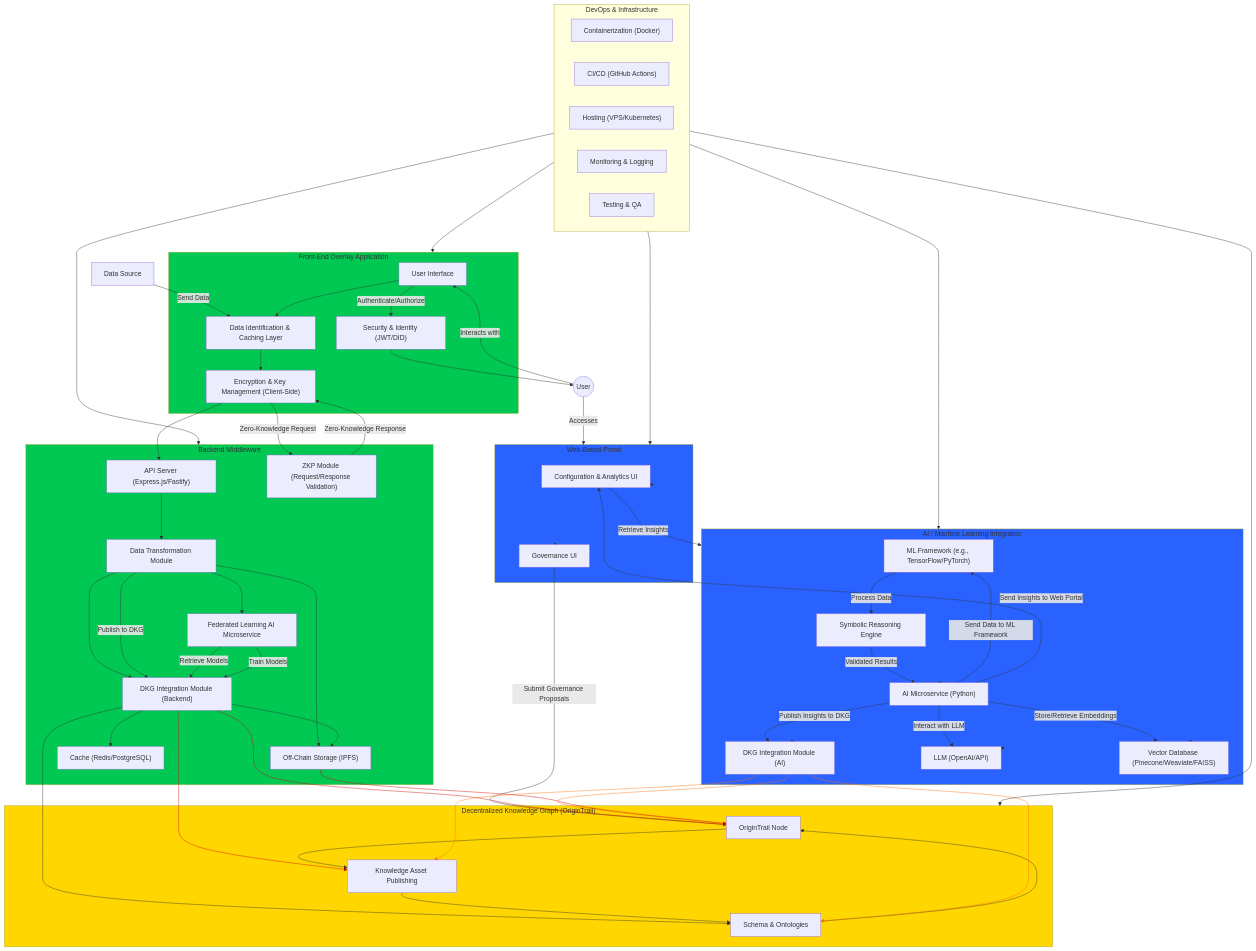
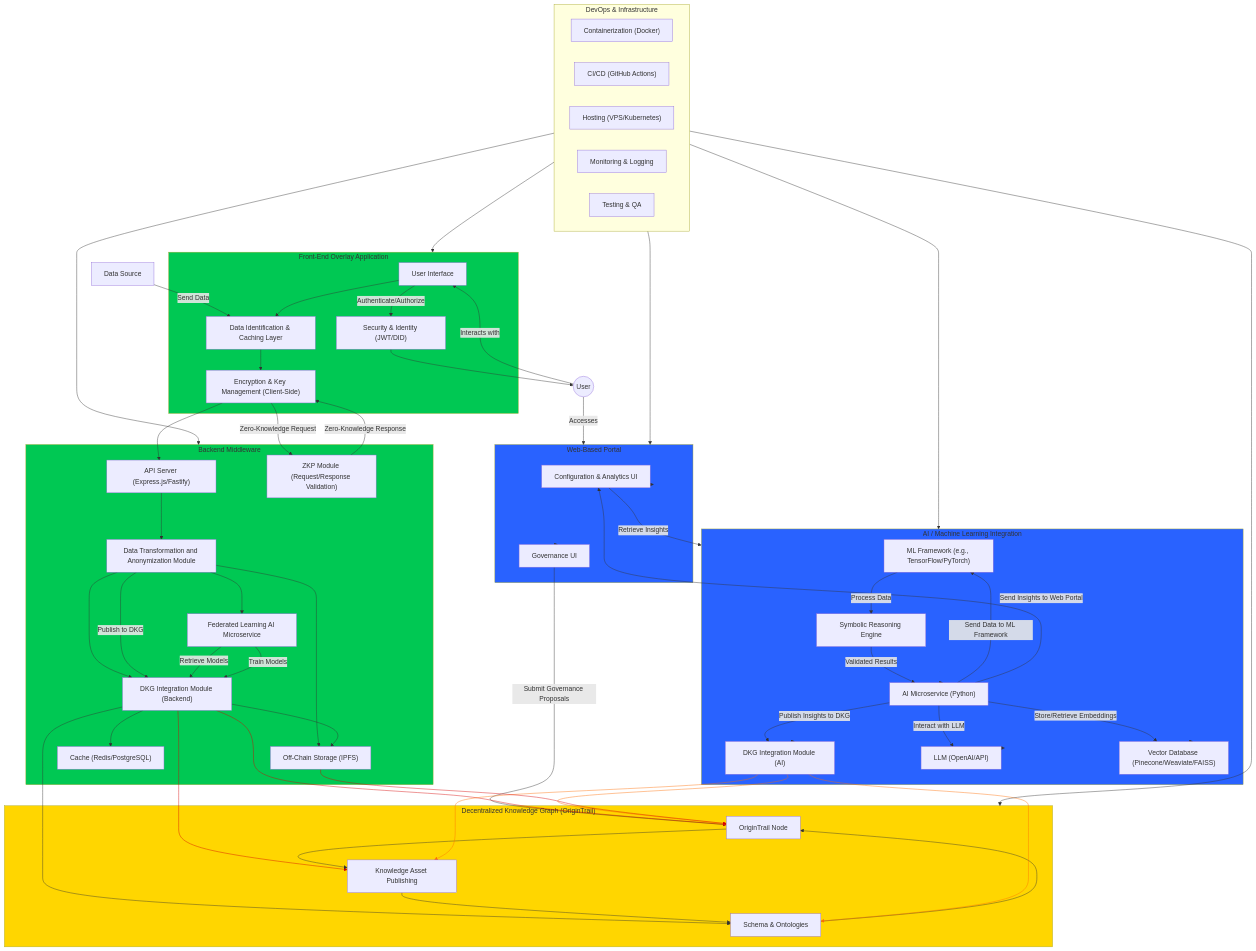
One commit to thebalaa/project-root changed the diagram in docs/Architecture.md. Above: the diagram before and after it, drawn with Mermaid. The commit also changed other lines of this file and 3 other files, not shown here.

```diff
--- a/docs/Architecture.md
+++ b/docs/Architecture.md
@@ -34,7 +34,7 @@
   end
  subgraph Backend["Backend Middleware"]
         BE1["API Server (Express.js/Fastify)"]
-        BE2["Data Transformation Module"]
+        BE2["Data Transformation and Anonymization Module"]
         BE3["DKG Integration Module (Backend)"]
         BE4["Off-Chain Storage (IPFS)"]
         BE5["Cache (Redis/PostgreSQL)"]
```
